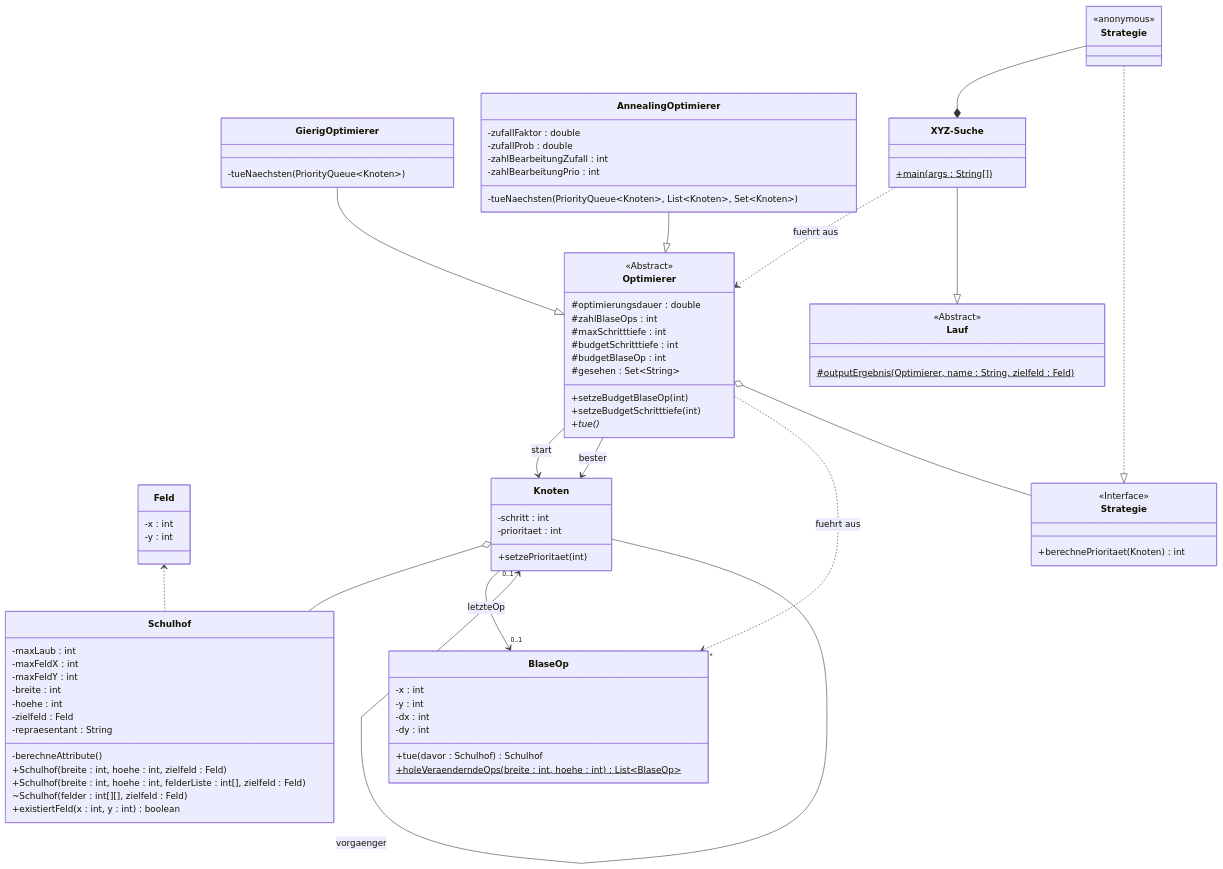
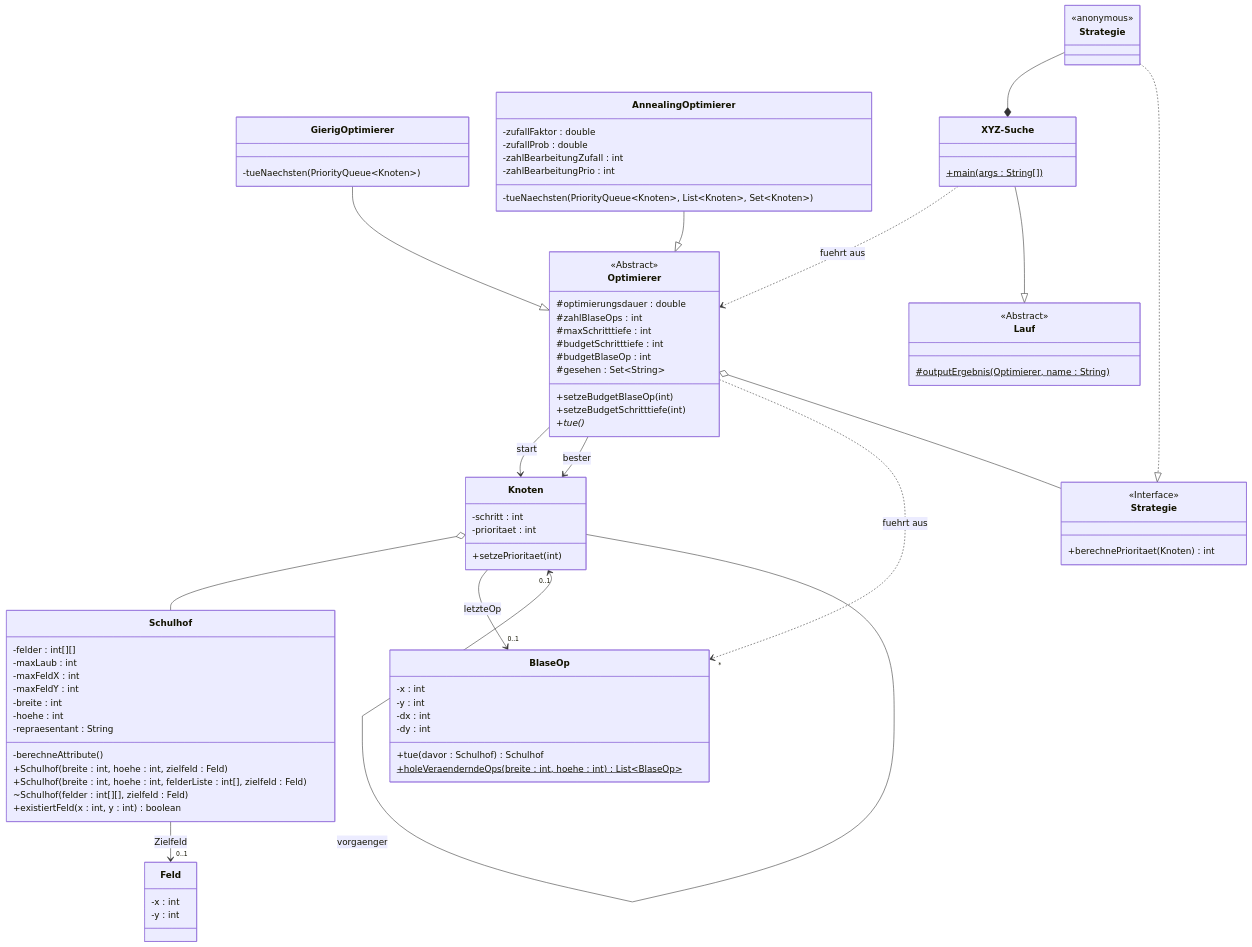
One commit to m1ngx1ao/bwinf42-2 changed the diagram in aufgabe1/README.md. Above: the diagram before and after it, drawn with Mermaid. The commit also changed other lines of this file and 10 other files, not shown here.

Commit message:
uml diagram update && changed lauf

```diff
--- a/aufgabe1/README.md
+++ b/aufgabe1/README.md
@@ -27,12 +28,12 @@
 		-y : int
 	}
 	class Schulhof {
+		-felder : int[][]
 		-maxLaub : int
 		-maxFeldX : int
 		-maxFeldY : int
 		-breite : int
 		-hoehe : int
-		-zielfeld : Feld
 		-repraesentant : String
 		-berechneAttribute()
 		+Schulhof(breite : int, hoehe : int, zielfeld : Feld)
@@ -48,6 +49,7 @@
 		+tue(davor : Schulhof) Schulhof
 		+holeVeraenderndeOps(breite : int, hoehe : int) List~BlaseOp~$
 	}
+	Schulhof --> "0..1" Feld : Zielfeld
 	class Knoten {
 		-schritt : int
 		-prioritaet : int
@@ -79,7 +81,6 @@
 		<<Interface>>
 		+berechnePrioritaet(Knoten) int
 	}
-	Feld <.. Schulhof
 	Knoten o-- Schulhof
 	Knoten --> "0..1" BlaseOp : letzteOp
 	Knoten "0..1" <-- Knoten : vorgaenger
@@ -91,7 +92,7 @@
 	Optimierer o-- Strategie
 	class LaufClass["Lauf"] {
 		<<Abstract>>
-		#outputErgebnis(Optimierer, name : String, zielfeld : Feld)$
+		#outputErgebnis(Optimierer, name : String)$
 	}
 	class XyzSuche["XYZ-Suche"] {
 		+main(args : String[])$
```
